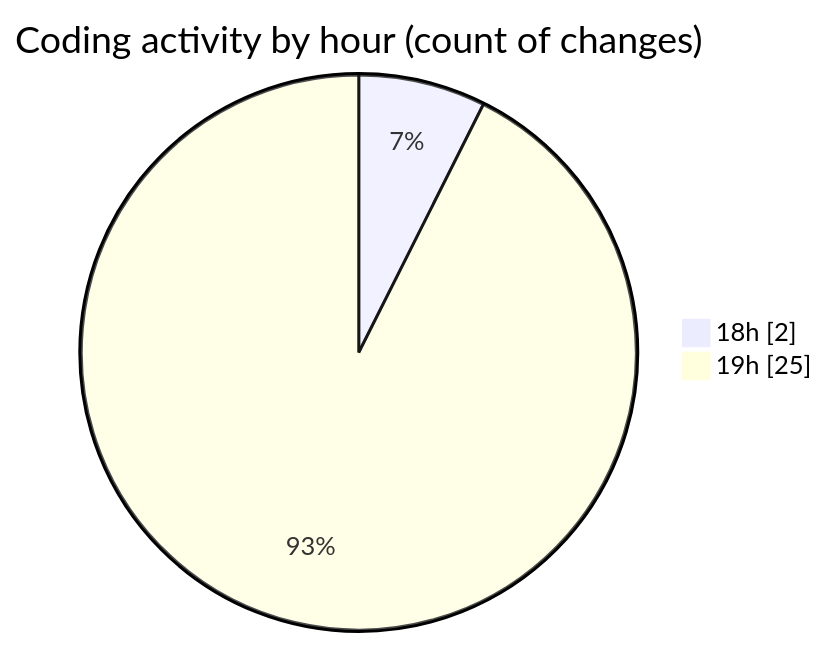
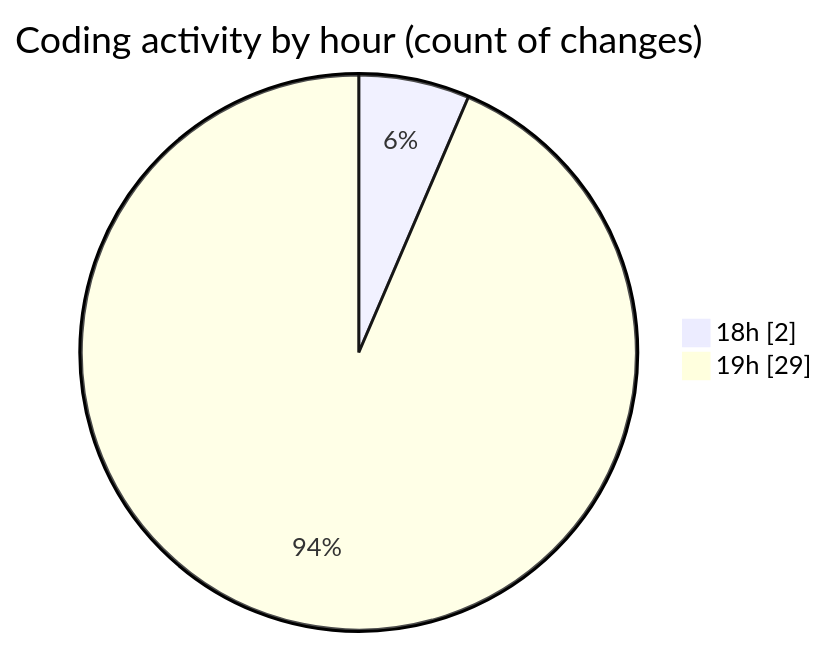
One commit to CELIANVF/code-tracking changed the second of 2 diagrams in 2025-05-22/ecodeli-1/README.md. Above: the diagram before and after it, drawn with Mermaid. The commit also changed other lines of this file and 1 other file, not shown here.

````diff
--- a/2025-05-22/ecodeli-1/README.md
+++ b/2025-05-22/ecodeli-1/README.md
@@ -39,6 +40,6 @@
 ```mermaid
 pie showData
 title Coding activity by hour (count of changes)
 "18h" : 2
-"19h" : 25
+"19h" : 29
 ```
````
